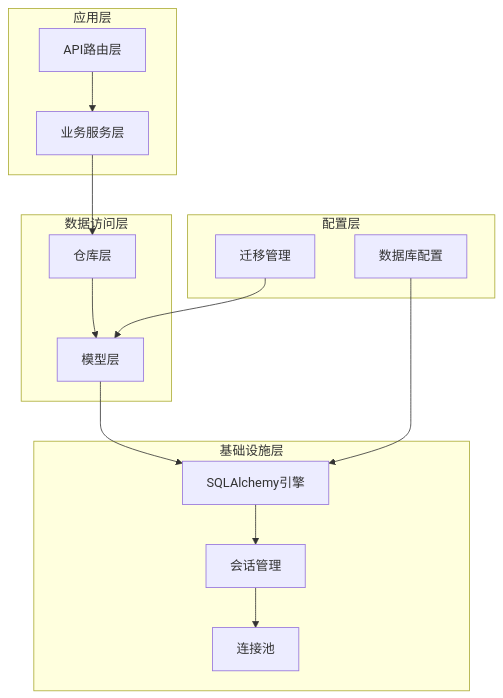
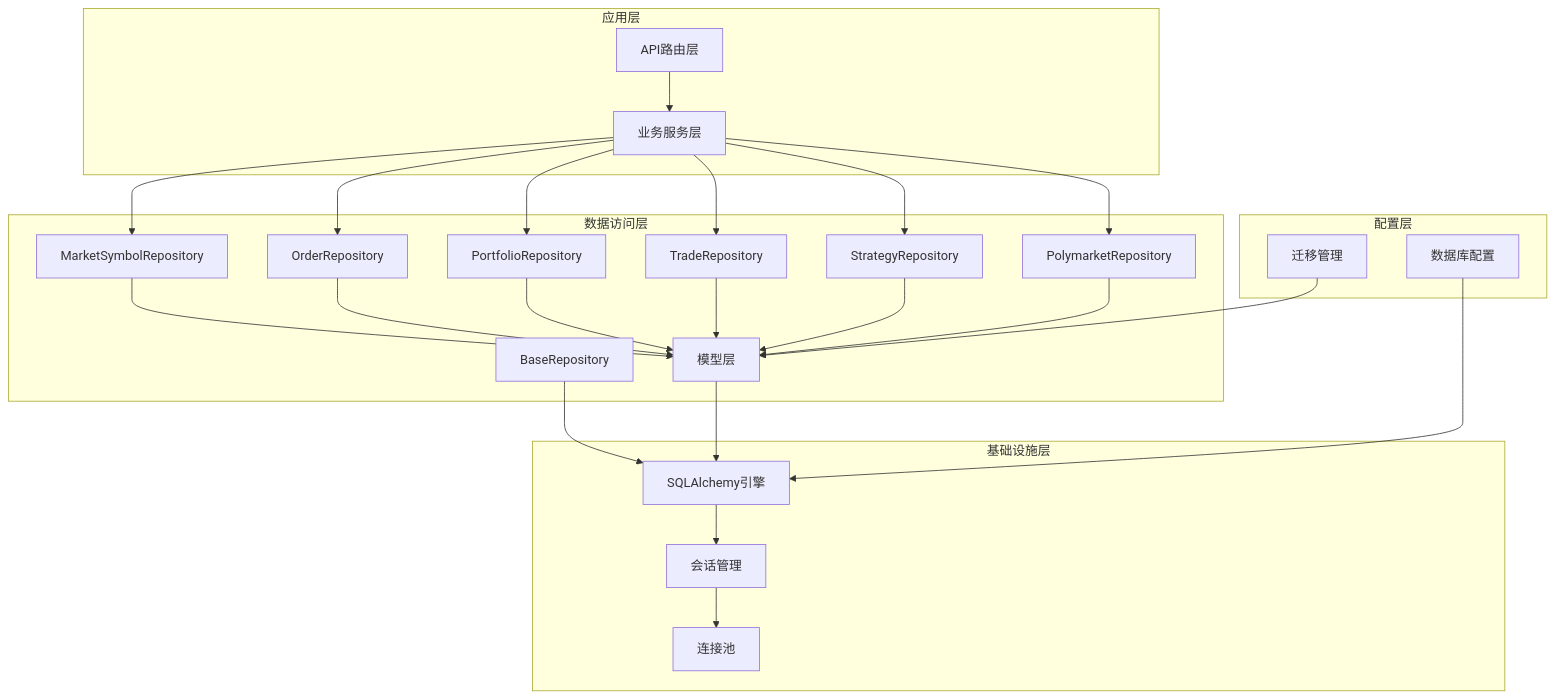
Before and after one commit to joezxh/QuantDinger: the first of 11 diagrams in .qoder/repowiki/zh/content/核心功能模块/数据库现代化与ORM架构.md, drawn with Mermaid. The commit also changed other lines of this file and 28 other files, not shown here.

````diff
--- a/.qoder/repowiki/zh/content/核心功能模块/数据库现代化与ORM架构.md
+++ b/.qoder/repowiki/zh/content/核心功能模块/数据库现代化与ORM架构.md
@@ -43,28 +60,45 @@
 ```mermaid
 graph TB
 subgraph "应用层"
 API[API路由层]
 Services[业务服务层]
 end
 subgraph "数据访问层"
-Repositories[仓库层]
+MarketRepo[MarketSymbolRepository]
+OrderRepo[OrderRepository]
+PortfolioRepo[PortfolioRepository]
+TradeRepo[TradeRepository]
+StrategyRepo[StrategyRepository]
+PolymarketRepo[PolymarketRepository]
+BaseRepo[BaseRepository]
 Models[模型层]
 end
 subgraph "基础设施层"
 Engine[SQLAlchemy引擎]
 Session[会话管理]
 Pool[连接池]
 end
 subgraph "配置层"
 Config[数据库配置]
 Migrations[迁移管理]
 end
 API --> Services
-Services --> Repositories
-Repositories --> Models
+Services --> MarketRepo
+Services --> OrderRepo
+Services --> PortfolioRepo
+Services --> TradeRepo
+Services --> StrategyRepo
+Services --> PolymarketRepo
+MarketRepo --> Models
+OrderRepo --> Models
+PortfolioRepo --> Models
+TradeRepo --> Models
+StrategyRepo --> Models
+PolymarketRepo --> Models
+BaseRepo --> Engine
 Models --> Engine
 Engine --> Session
 Session --> Pool
 Config --> Engine
 Migrations --> Models
 ```
````
